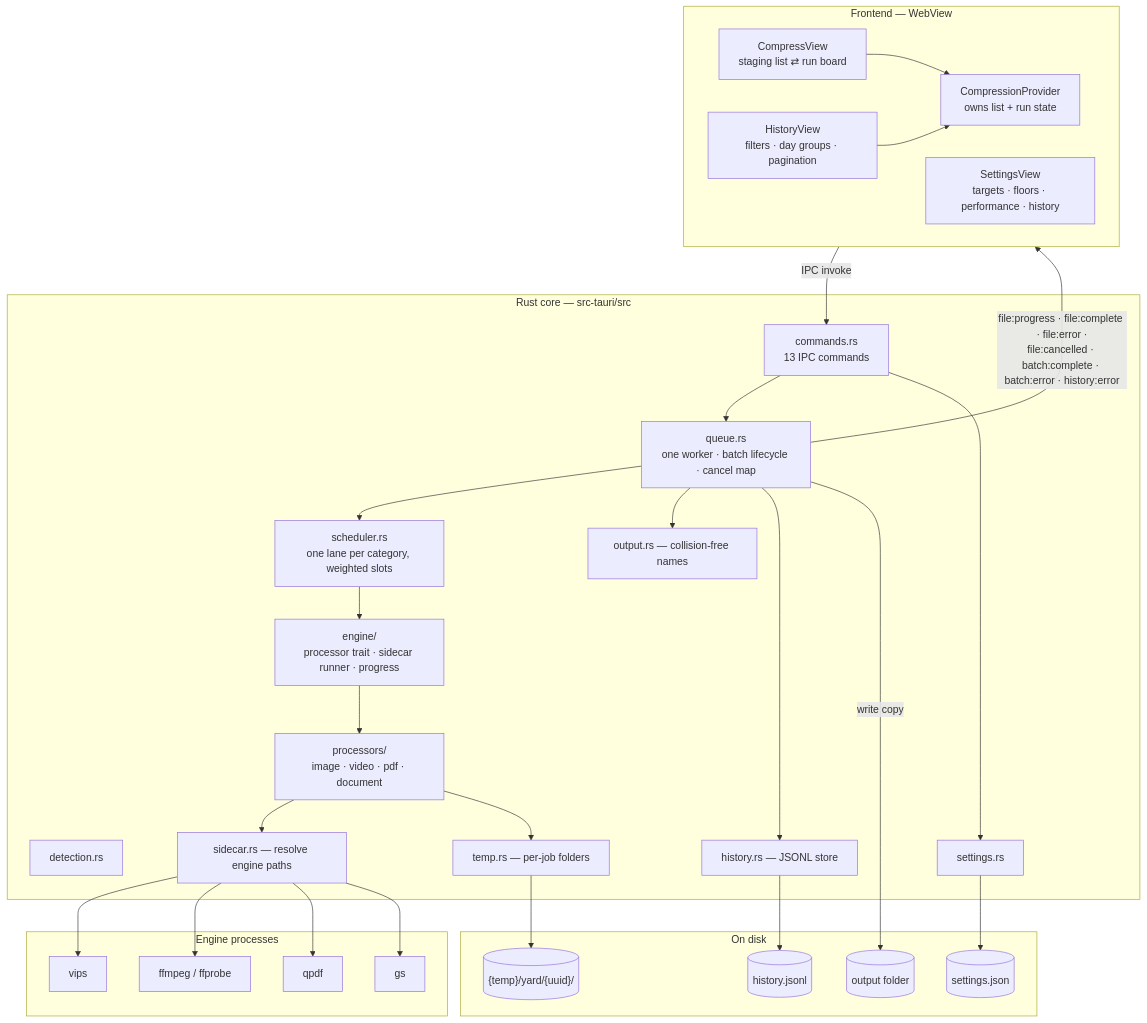
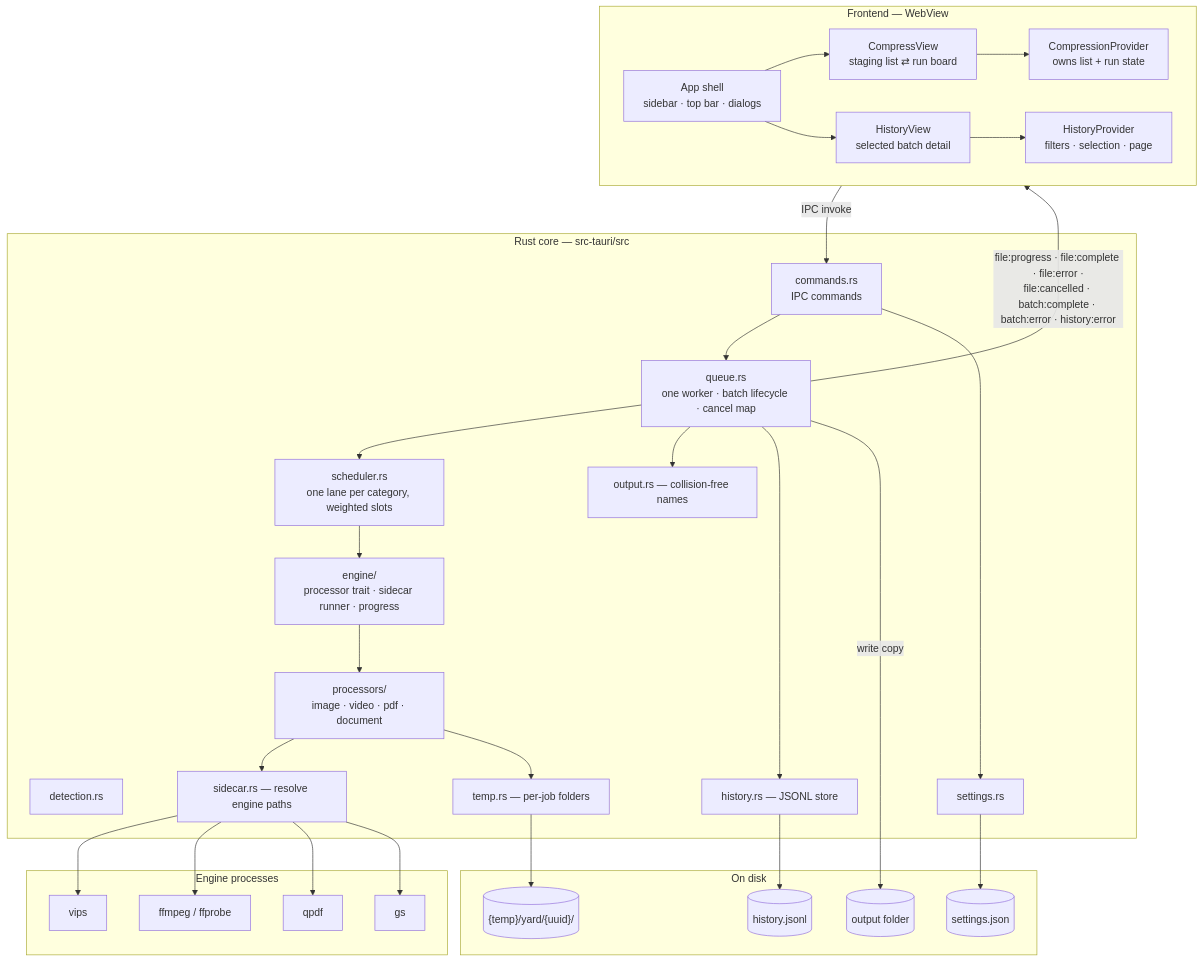
Before and after one commit to initgrep-apps/filecompressor: the first of 2 diagrams in docs/ARCHITECTURE.md, drawn with Mermaid. The commit also changed other lines of this file and 11 other files, not shown here.

````diff
--- a/docs/ARCHITECTURE.md
+++ b/docs/ARCHITECTURE.md
@@ -27,56 +27,59 @@
 ```mermaid
 flowchart TB
     subgraph FE["Frontend — WebView"]
+        APP["App shell<br/>sidebar · top bar · dialogs"]
         CV["CompressView<br/>staging list ⇄ run board"]
-        HV["HistoryView<br/>filters · day groups · pagination"]
-        SV["SettingsView<br/>targets · floors · performance · history"]
+        HV["HistoryView<br/>selected batch detail"]
         CP["CompressionProvider<br/>owns list + run state"]
+        HP["HistoryProvider<br/>filters · selection · page"]
+        APP --> CV
+        APP --> HV
         CV --> CP
-        HV --> CP
+        HV --> HP
     end
 
     subgraph CORE["Rust core — src-tauri/src"]
-        CMD["commands.rs<br/>13 IPC commands"]
+        CMD["commands.rs<br/>IPC commands"]
         Q["queue.rs<br/>one worker · batch lifecycle · cancel map"]
         SCH["scheduler.rs<br/>one lane per category, weighted slots"]
         ENG["engine/<br/>processor trait · sidecar runner · progress"]
         REG["processors/<br/>image · video · pdf · document"]
         DET["detection.rs"]
         OUT["output.rs — collision-free names"]
         TMP["temp.rs — per-job folders"]
         HS["history.rs — JSONL store"]
         SET["settings.rs"]
         SC["sidecar.rs — resolve engine paths"]
     end
 
     subgraph DISK["On disk"]
         STORE[("settings.json")]
         HIST[("history.jsonl")]
         TMPD[("{temp}/yard/{uuid}/")]
         OUTD[("output folder")]
     end
 
     subgraph ENGINES["Engine processes"]
         VIPS[vips]
         FF[ffmpeg / ffprobe]
         QPDF[qpdf]
         GS[gs]
     end
 
     FE -- "IPC invoke" --> CMD
     CMD --> Q
     Q --> SCH
     SCH --> ENG
     ENG --> REG
     REG --> SC
     SC --> VIPS & FF & QPDF & GS
     REG --> TMP
     Q --> OUT
     Q --> HS
     CMD --> SET
     SET --> STORE
     HS --> HIST
     TMP --> TMPD
     Q -- "write copy" --> OUTD
     Q -- "file:progress · file:complete · file:error ·<br/>file:cancelled · batch:complete · batch:error · history:error" --> FE
 ```
````
